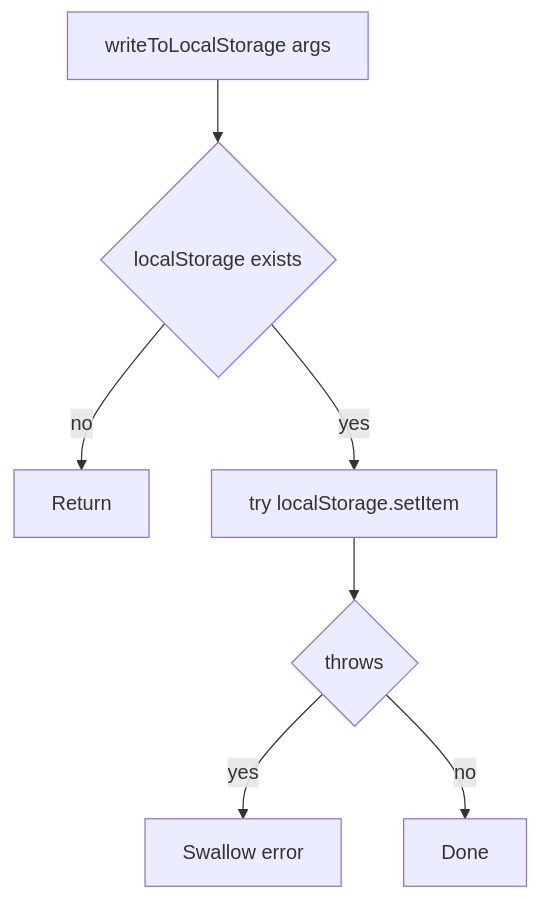
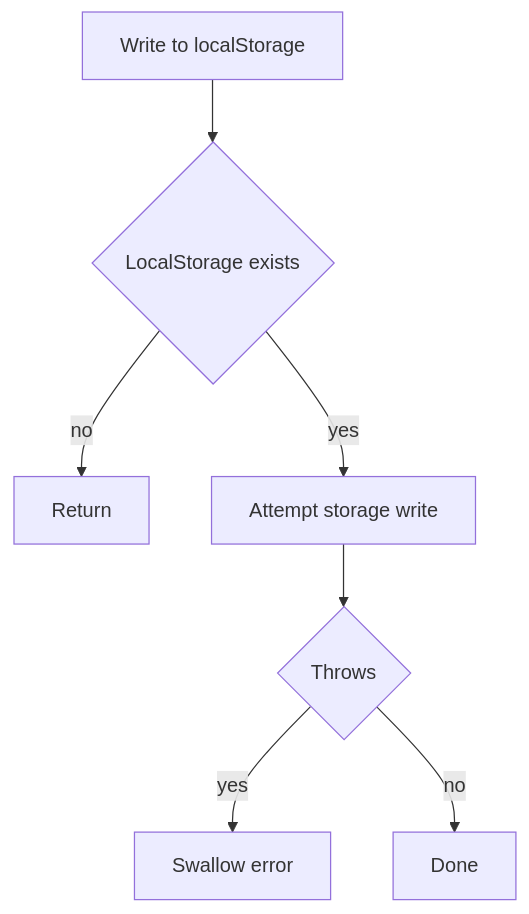
One commit to luciocabrera/lcabrera-stack changed the fifth of 5 diagrams in src/utils/storage/ARCHITECTURE.md. Above: the diagram before and after it, drawn with Mermaid. The commit also changed other lines of this file and 2 other files, not shown here.

Commit message:
feat: Update architecture documentation for performance, storage, and URL state utilities

````diff
--- a/src/utils/storage/ARCHITECTURE.md
+++ b/src/utils/storage/ARCHITECTURE.md
@@ -92,9 +92,9 @@
 ```mermaid
 flowchart TD
-  A[writeToLocalStorage args] --> B{localStorage exists}
+  A[Write to localStorage] --> B{LocalStorage exists}
   B -- no --> C[Return]
-  B -- yes --> D[try localStorage.setItem]
-  D --> E{throws}
+  B -- yes --> D[Attempt storage write]
+  D --> E{Throws}
   E -- yes --> F[Swallow error]
   E -- no --> G[Done]
 ```
````
